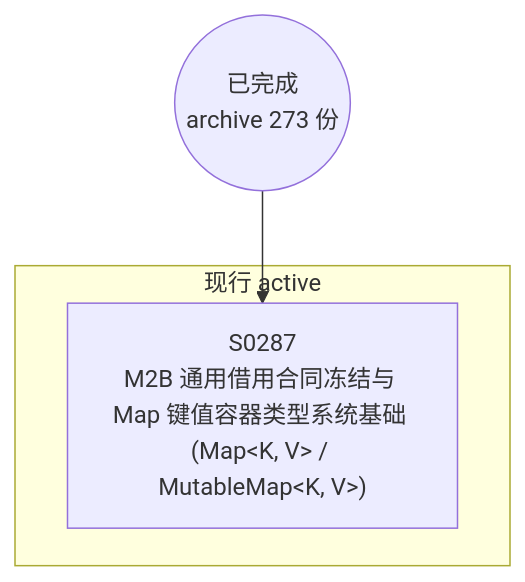
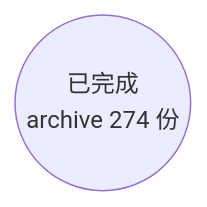
One commit to Halckon/Koven changed the diagram in docs/specs/dependency-graph.md. Above: the diagram before and after it, drawn with Mermaid. The commit also changed other lines of this file and 7 other files, not shown here.

````diff
--- a/docs/specs/dependency-graph.md
+++ b/docs/specs/dependency-graph.md
@@ -9,8 +9,4 @@
 ```mermaid
 flowchart TD
-ARCH(("已完成<br/>archive 273 份"))
-subgraph Gactive["现行 active"]
-  S0287["S0287<br/>M2B 通用借用合同冻结与 Map 键值容器类型系统基础 (Map&lt;K, V&gt; / MutableMap&lt;K, V&gt;)"]
-end
-ARCH --> S0287
+ARCH(("已完成<br/>archive 274 份"))
 ```
````
